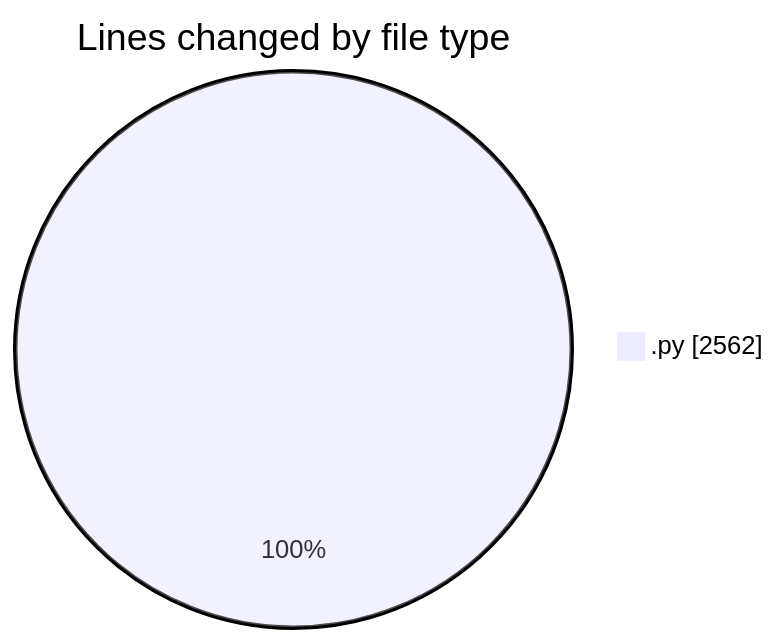
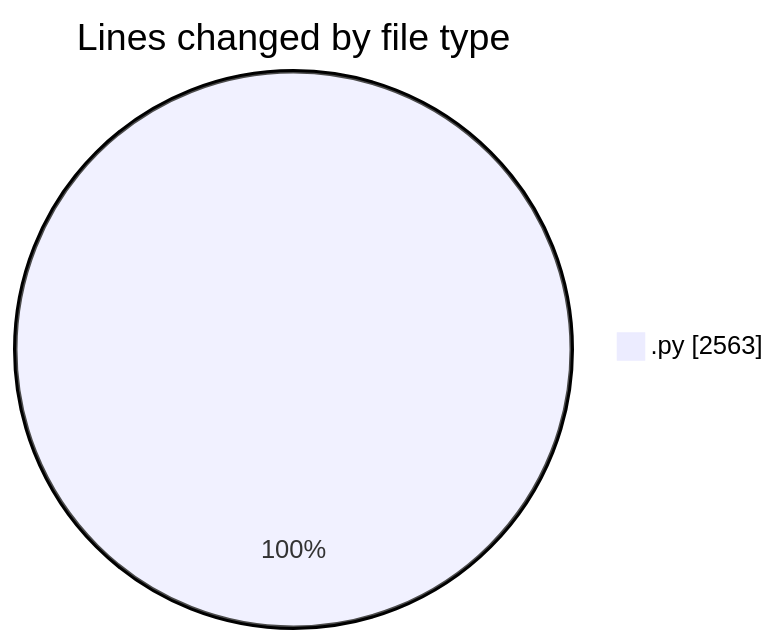
The first of 2 diagrams in 2025-11-25/eventscop-api-guide__workspace_/README.md (julien-gomy/code-tracking), drawn with Mermaid before and after one commit. The commit also changed other lines of this file and 1 other file, not shown here.

````diff
--- a/2025-11-25/eventscop-api-guide__workspace_/README.md
+++ b/2025-11-25/eventscop-api-guide__workspace_/README.md
@@ -24,5 +24,5 @@
 ```mermaid
 pie showData
 title Lines changed by file type
-".py" : 2562
+".py" : 2563
 ```
````
